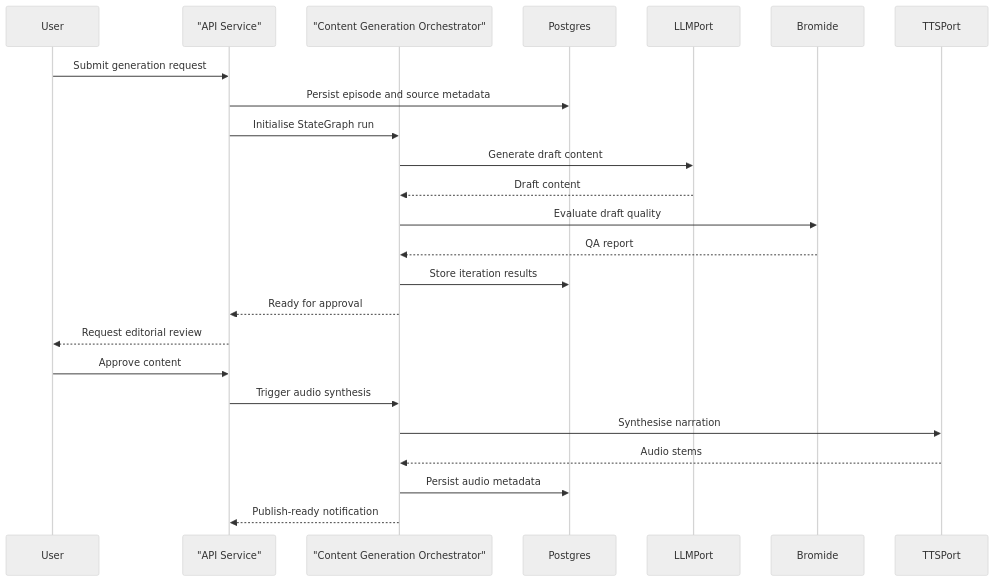
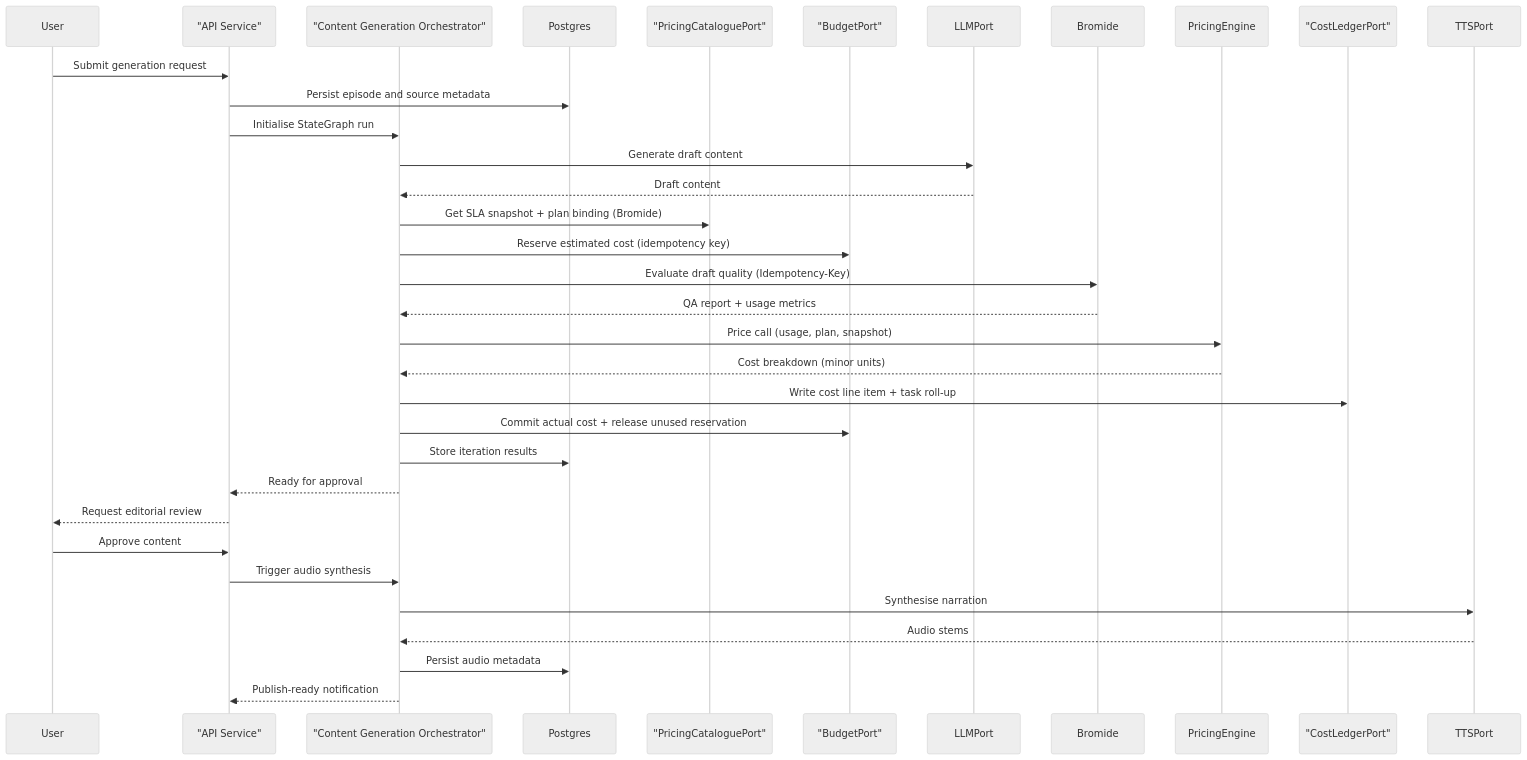
Before and after one commit to leynos/episodic: the third of 9 diagrams in docs/episodic-podcast-generation-system-design.md, drawn with Mermaid (neutral theme). The commit also changed other lines of this file and 1 other file, not shown here.

First line of the commit message:
Update Episodic design doc for SLA4OAI pricing, catalog, engine, ledger (#11)

````diff
--- a/docs/episodic-podcast-generation-system-design.md
+++ b/docs/episodic-podcast-generation-system-design.md
@@ -420,26 +432,36 @@
 ```mermaid
 sequenceDiagram
     participant User
     participant API as "API Service"
     participant Orchestrator as "Content Generation Orchestrator"
     participant Postgres
+    participant PricingCatalogue as "PricingCataloguePort"
+    participant Budget as "BudgetPort"
     participant LLMPort
     participant Bromide
+    participant PricingEngine
+    participant CostLedger as "CostLedgerPort"
     participant TTSPort
     User ->> API : Submit generation request
     API ->> Postgres : Persist episode and source metadata
     API ->> Orchestrator : Initialise StateGraph run
     Orchestrator ->> LLMPort : Generate draft content
     LLMPort -->> Orchestrator : Draft content
-    Orchestrator ->> Bromide : Evaluate draft quality
-    Bromide -->> Orchestrator : QA report
+    Orchestrator ->> PricingCatalogue : Get SLA snapshot + plan binding (Bromide)
+    Orchestrator ->> Budget : Reserve estimated cost (idempotency key)
+    Orchestrator ->> Bromide : Evaluate draft quality (Idempotency-Key)
+    Bromide -->> Orchestrator : QA report + usage metrics
+    Orchestrator ->> PricingEngine : Price call (usage, plan, snapshot)
+    PricingEngine -->> Orchestrator : Cost breakdown (minor units)
+    Orchestrator ->> CostLedger : Write cost line item + task roll-up
+    Orchestrator ->> Budget : Commit actual cost + release unused reservation
     Orchestrator ->> Postgres : Store iteration results
     Orchestrator -->> API : Ready for approval
     API -->> User : Request editorial review
     User ->> API : Approve content
     API ->> Orchestrator : Trigger audio synthesis
     Orchestrator ->> TTSPort : Synthesise narration
     TTSPort -->> Orchestrator : Audio stems
     Orchestrator ->> Postgres : Persist audio metadata
     Orchestrator -->> API : Publish-ready notification
 ```
````
